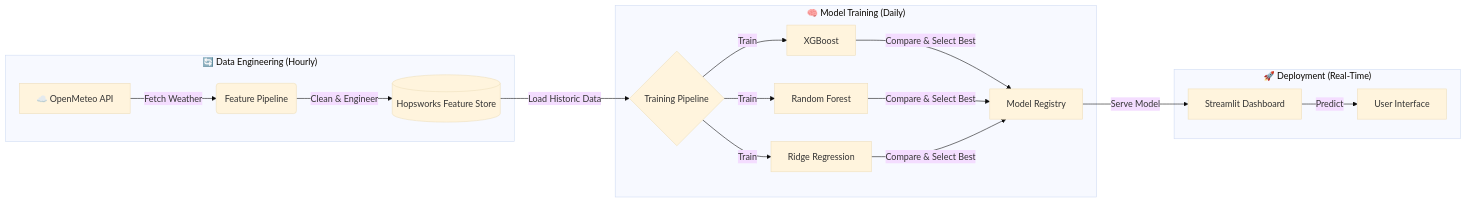
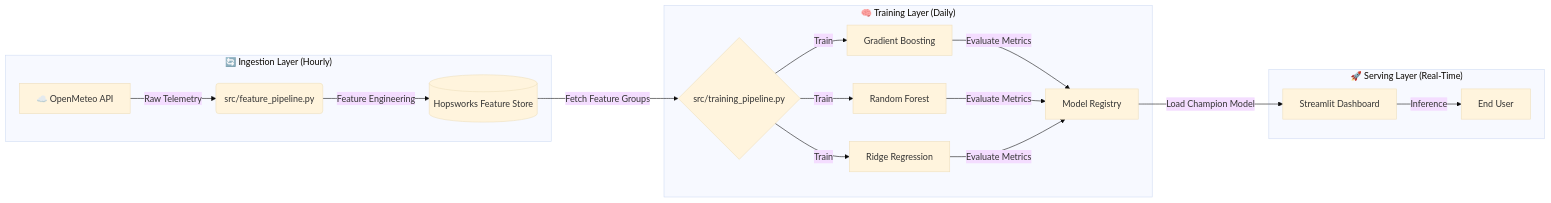
One commit to NOFILAHMEDKHAN/AQI-PREDICTOR-FOR-KARACHI changed the diagram in README.md. Above: the diagram before and after it, drawn with Mermaid (base theme). The commit also changed other lines of this file, not shown here.

````diff
--- a/README.md
+++ b/README.md
@@ -27,20 +27,20 @@
 ```mermaid
 graph LR
-    subgraph "🔄 Data Engineering (Hourly)"
-        A[☁️ OpenMeteo API] -->|Fetch Weather| B(Feature Pipeline)
-        B -->|Clean & Engineer| C[(Hopsworks Feature Store)]
+    subgraph "🔄 Ingestion Layer (Hourly)"
+        A[☁️ OpenMeteo API] -->|Raw Telemetry| B(src/feature_pipeline.py)
+        B -->|Feature Engineering| C[(Hopsworks Feature Store)]
     end
     
-    subgraph "🧠 Model Training (Daily)"
-        C -->|Load Historic Data| D{Training Pipeline}
-        D -->|Train| E[XGBoost]
+    subgraph "🧠 Training Layer (Daily)"
+        C -->|Fetch Feature Groups| D{src/training_pipeline.py}
+        D -->|Train| E[Gradient Boosting]
         D -->|Train| F[Random Forest]
         D -->|Train| G[Ridge Regression]
-        E & F & G -->|Compare & Select Best| H[Model Registry]
+        E & F & G -->|Evaluate Metrics| H[Model Registry]
     end
     
-    subgraph "🚀 Deployment (Real-Time)"
-        H -->|Serve Model| I[Streamlit Dashboard]
-        I -->|Predict| J[User Interface]
+    subgraph "🚀 Serving Layer (Real-Time)"
+        H -->|Load Champion Model| I[Streamlit Dashboard]
+        I -->|Inference| J[End User]
     end
 ```
````
